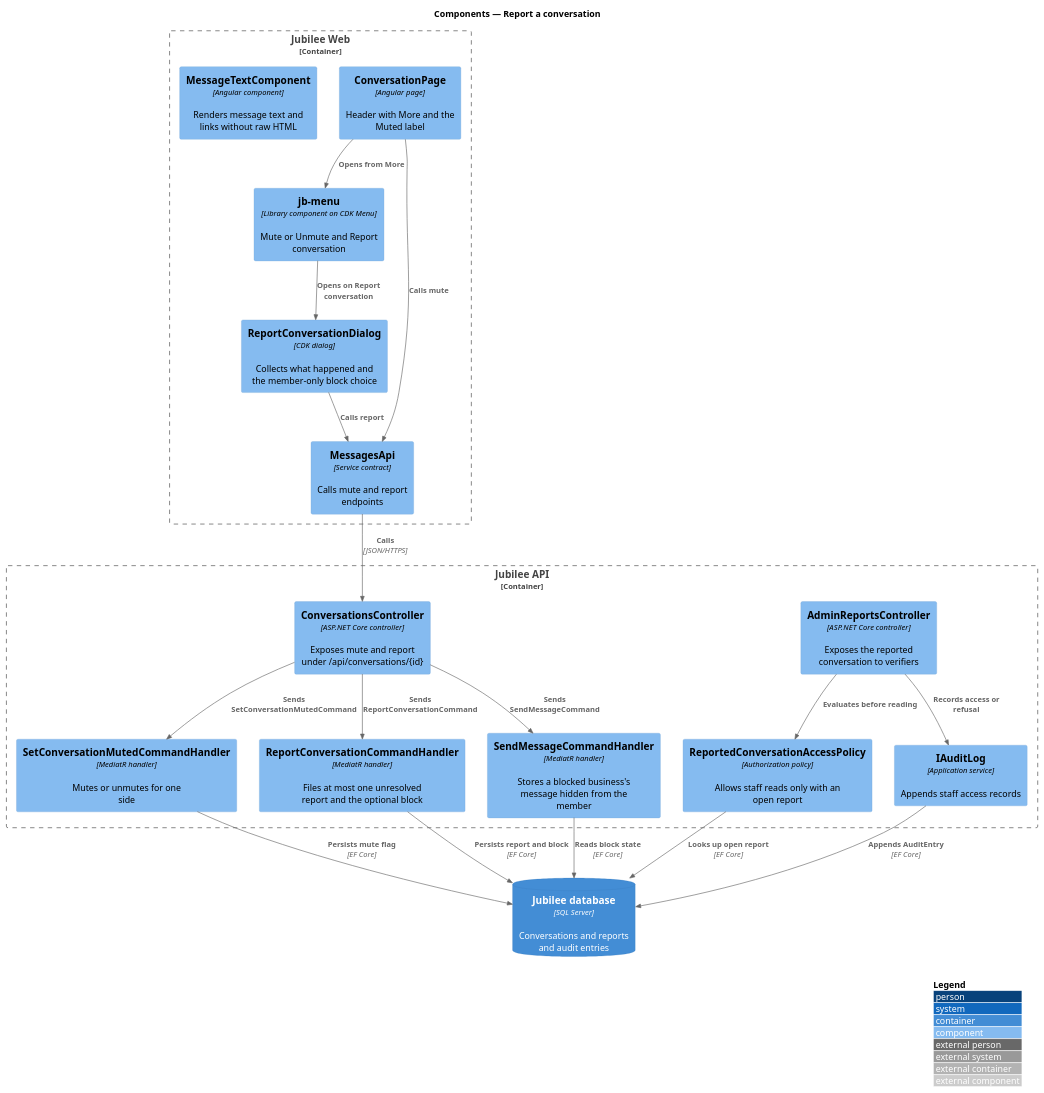
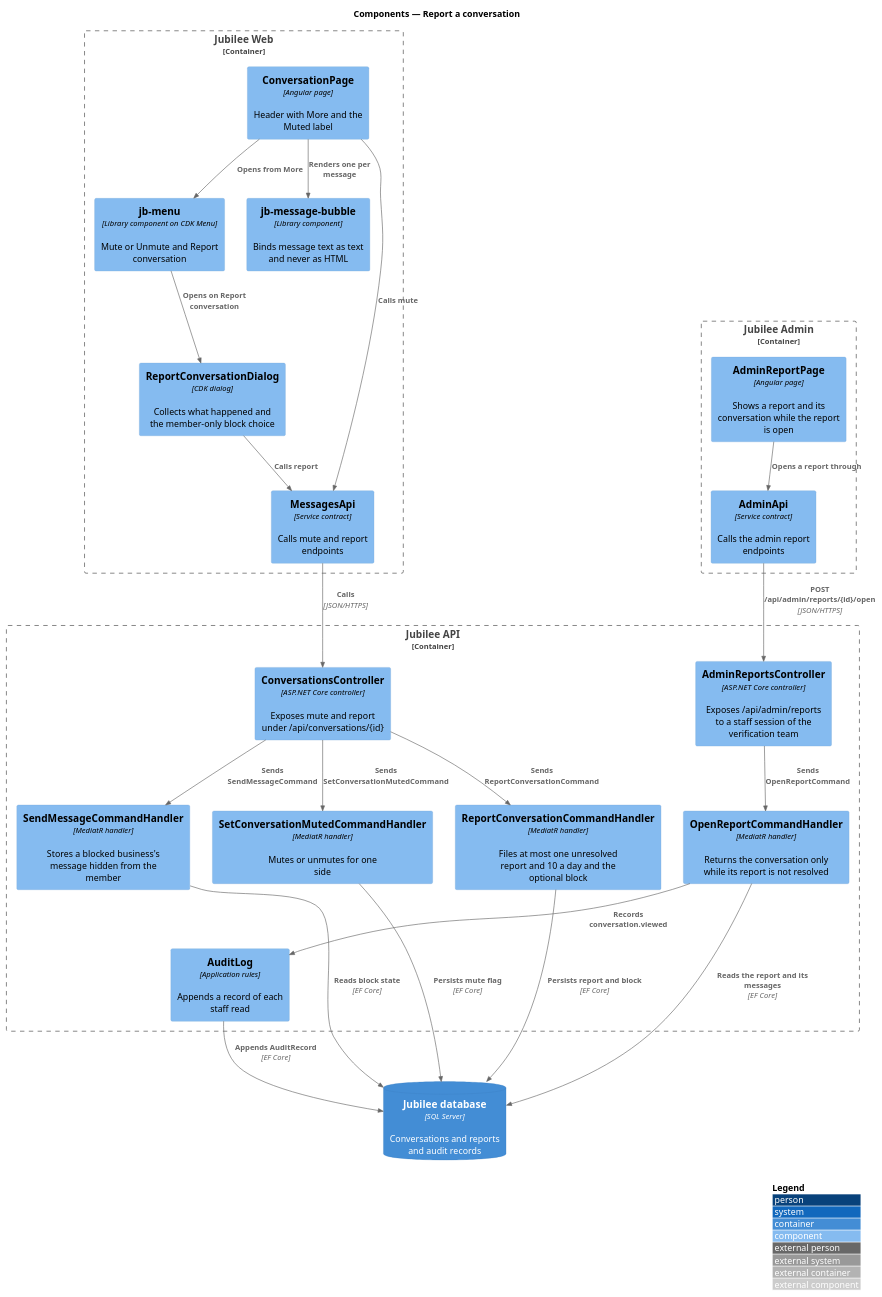
One commit to QuinntyneBrown/jubilee changed the diagram in docs/detailed-designs/messaging/report-conversation/diagrams/c4-component.puml. Above: the diagram before and after it, drawn with PlantUML. The commit also changed 62 other files, not shown here.

```diff
--- a/docs/detailed-designs/messaging/report-conversation/diagrams/c4-component.puml
+++ b/docs/detailed-designs/messaging/report-conversation/diagrams/c4-component.puml
@@ -1,39 +1,46 @@
 @startuml
 !include <C4/C4_Component>
 LAYOUT_WITH_LEGEND()
 title Components — Report a conversation
 
 Container_Boundary(web, "Jubilee Web") {
   Component(page, "ConversationPage", "Angular page", "Header with More and the Muted label")
   Component(menu, "jb-menu", "Library component on CDK Menu", "Mute or Unmute and Report conversation")
   Component(dialog, "ReportConversationDialog", "CDK dialog", "Collects what happened and the member-only block choice")
-  Component(text, "MessageTextComponent", "Angular component", "Renders message text and links without raw HTML")
+  Component(bubble, "jb-message-bubble", "Library component", "Binds message text as text and never as HTML")
   Component(client, "MessagesApi", "Service contract", "Calls mute and report endpoints")
+}
+Container_Boundary(adminapp, "Jubilee Admin") {
+  Component(adminpage, "AdminReportPage", "Angular page", "Shows a report and its conversation while the report is open")
+  Component(adminapi, "AdminApi", "Service contract", "Calls the admin report endpoints")
 }
 Container_Boundary(api, "Jubilee API") {
   Component(ctrl, "ConversationsController", "ASP.NET Core controller", "Exposes mute and report under /api/conversations/{id}")
-  Component(admin, "AdminReportsController", "ASP.NET Core controller", "Exposes the reported conversation to verifiers")
+  Component(admin, "AdminReportsController", "ASP.NET Core controller", "Exposes /api/admin/reports to a staff session of the verification team")
   Component(mute, "SetConversationMutedCommandHandler", "MediatR handler", "Mutes or unmutes for one side")
-  Component(report, "ReportConversationCommandHandler", "MediatR handler", "Files at most one unresolved report and the optional block")
+  Component(report, "ReportConversationCommandHandler", "MediatR handler", "Files at most one unresolved report and 10 a day and the optional block")
   Component(send, "SendMessageCommandHandler", "MediatR handler", "Stores a blocked business's message hidden from the member")
-  Component(policy, "ReportedConversationAccessPolicy", "Authorization policy", "Allows staff reads only with an open report")
-  Component(audit, "IAuditLog", "Application service", "Appends staff access records")
+  Component(open, "OpenReportCommandHandler", "MediatR handler", "Returns the conversation only while its report is not resolved")
+  Component(audit, "AuditLog", "Application rules", "Appends a record of each staff read")
 }
-ContainerDb(db, "Jubilee database", "SQL Server", "Conversations and reports and audit entries")
+ContainerDb(db, "Jubilee database", "SQL Server", "Conversations and reports and audit records")
 
 Rel(page, menu, "Opens from More")
+Rel(page, bubble, "Renders one per message")
 Rel(menu, dialog, "Opens on Report conversation")
 Rel(page, client, "Calls mute")
 Rel(dialog, client, "Calls report")
 Rel(client, ctrl, "Calls", "JSON/HTTPS")
+Rel(adminpage, adminapi, "Opens a report through")
+Rel(adminapi, admin, "POST /api/admin/reports/{id}/open", "JSON/HTTPS")
 Rel(ctrl, mute, "Sends SetConversationMutedCommand")
 Rel(ctrl, report, "Sends ReportConversationCommand")
 Rel(ctrl, send, "Sends SendMessageCommand")
-Rel(admin, policy, "Evaluates before reading")
-Rel(admin, audit, "Records access or refusal")
+Rel(admin, open, "Sends OpenReportCommand")
+Rel(open, audit, "Records conversation.viewed")
 Rel(mute, db, "Persists mute flag", "EF Core")
 Rel(report, db, "Persists report and block", "EF Core")
 Rel(send, db, "Reads block state", "EF Core")
-Rel(policy, db, "Looks up open report", "EF Core")
-Rel(audit, db, "Appends AuditEntry", "EF Core")
+Rel(open, db, "Reads the report and its messages", "EF Core")
+Rel(audit, db, "Appends AuditRecord", "EF Core")
 @enduml
```
